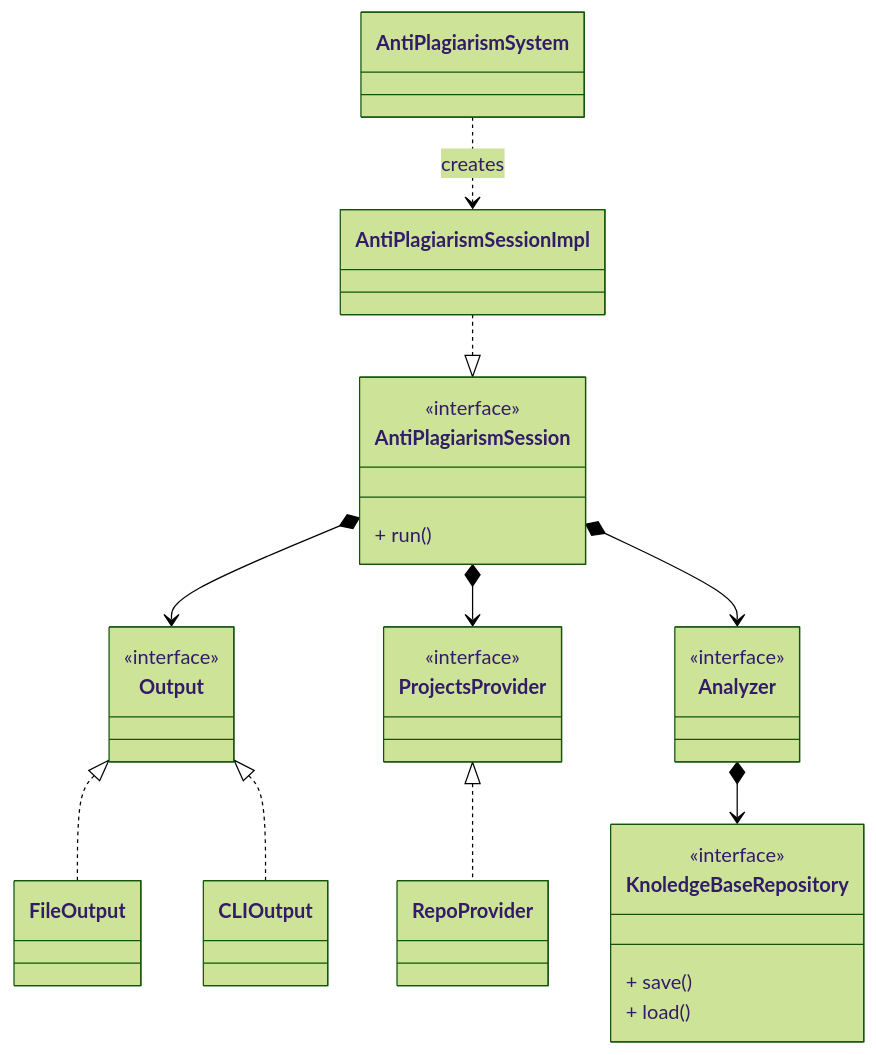
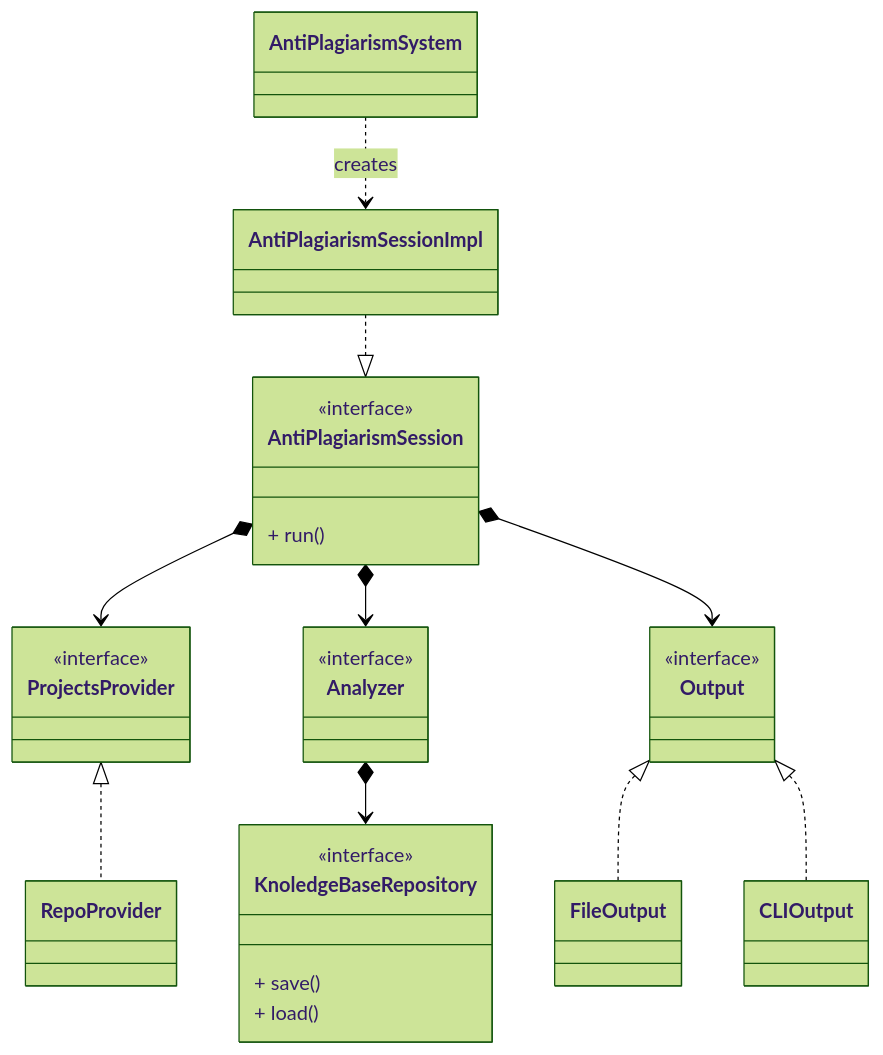
One commit to tassiLuca/code-plagiarism-detector-doc changed the second of 6 diagrams in doc.md. Above: the diagram before and after it, drawn with Mermaid (forest theme). The commit also changed other lines of this file, not shown here.

Commit message:
docs: added detailed design schemas

````diff
--- a/doc.md
+++ b/doc.md
@@ -60,40 +69,40 @@
 ```mermaid
 classDiagram
     direction TB
     class AntiPlagiarismSystem
     class AntiPlagiarismSessionImpl
     class AntiPlagiarismSession {
         <<interface>>
         + run()
     }
     AntiPlagiarismSessionImpl ..|> AntiPlagiarismSession
     AntiPlagiarismSystem ..> AntiPlagiarismSessionImpl: creates
-
-    class Output {
-        <<interface>>
-    }
-    AntiPlagiarismSession *--> Output
-    class CLIOutput 
-    class FileOutput
-    Output <|.. FileOutput
-    Output <|.. CLIOutput
 
     class ProjectsProvider {
         <<interface>>
     }
     AntiPlagiarismSession *--> ProjectsProvider
     class RepoProvider 
     ProjectsProvider <|.. RepoProvider
 
     class Analyzer {
         <<interface>>
     }
     AntiPlagiarismSession *--> Analyzer
 
     class KnoledgeBaseRepository {
         <<interface>>
         + save()
         + load()
     }
     Analyzer *--> KnoledgeBaseRepository
+
+    class Output {
+        <<interface>>
+    }
+    AntiPlagiarismSession *--> Output
+    class CLIOutput 
+    class FileOutput
+    Output <|.. FileOutput
+    Output <|.. CLIOutput
 ```
````
